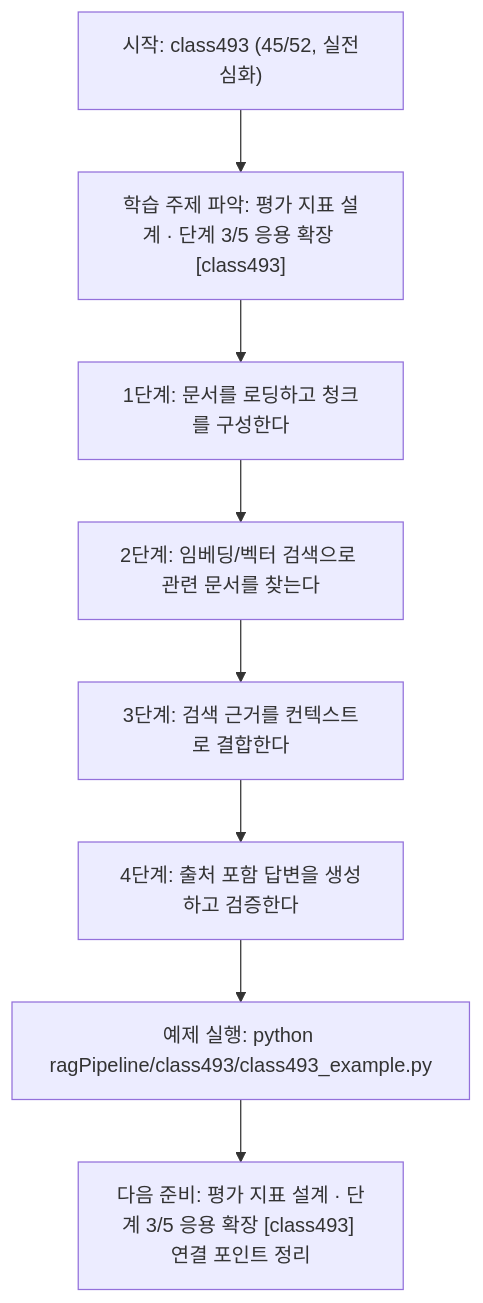
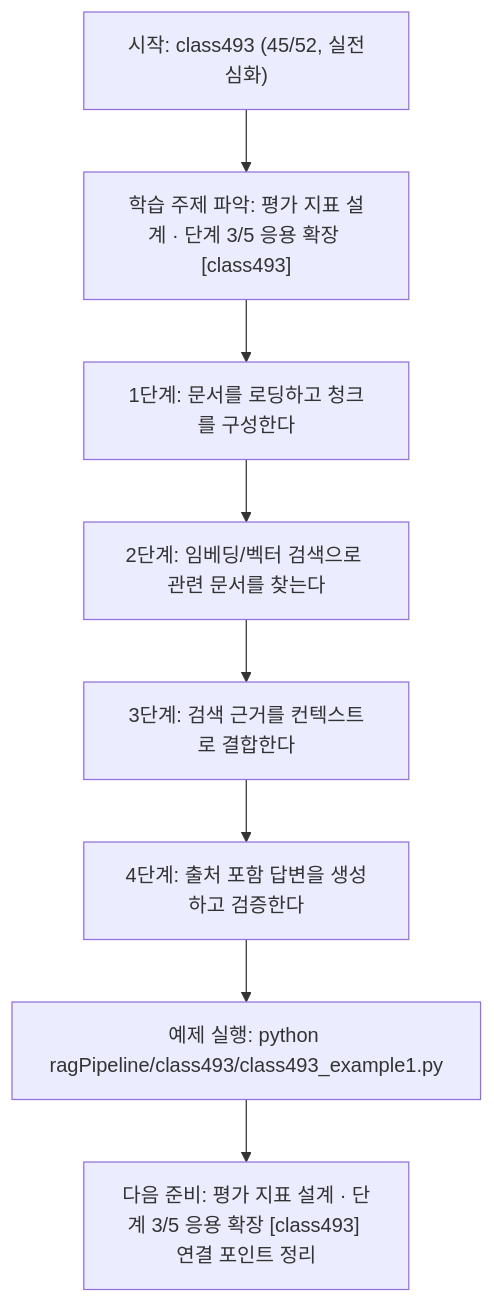
One commit to edumgt/Python-AI_Agent-Class changed the diagram in ragPipeline/class493/class493.md. Above: the diagram before and after it, drawn with Mermaid. The commit also changed other lines of this file and 2959 other files, not shown here.

````diff
--- a/ragPipeline/class493/class493.md
+++ b/ragPipeline/class493/class493.md
@@ -111,18 +111,18 @@
 ```mermaid
 flowchart TD
 N1["시작: class493 (45/52, 실전심화)"]
 N2["학습 주제 파악: 평가 지표 설계 · 단계 3/5 응용 확장 [class493]"]
 N3["1단계: 문서를 로딩하고 청크를 구성한다"]
 N4["2단계: 임베딩/벡터 검색으로 관련 문서를 찾는다"]
 N5["3단계: 검색 근거를 컨텍스트로 결합한다"]
 N6["4단계: 출처 포함 답변을 생성하고 검증한다"]
-N7["예제 실행: python ragPipeline/class493/class493_example.py"]
+N7["예제 실행: python ragPipeline/class493/class493_example1.py"]
 N8["다음 준비: 평가 지표 설계 · 단계 3/5 응용 확장 [class493] 연결 포인트 정리"]
 N1 --> N2
 N2 --> N3
 N3 --> N4
 N4 --> N5
 N5 --> N6
 N6 --> N7
 N7 --> N8
 ```
````
